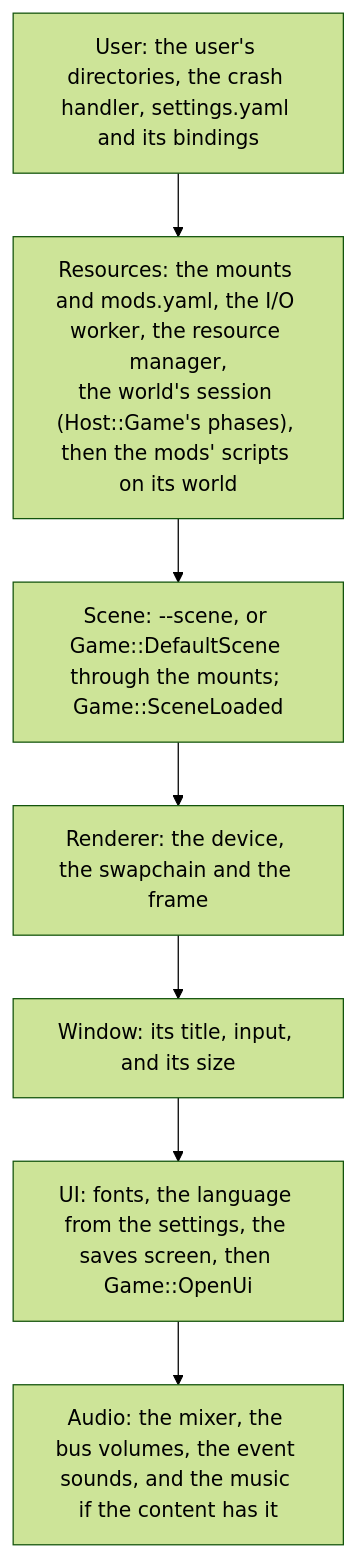
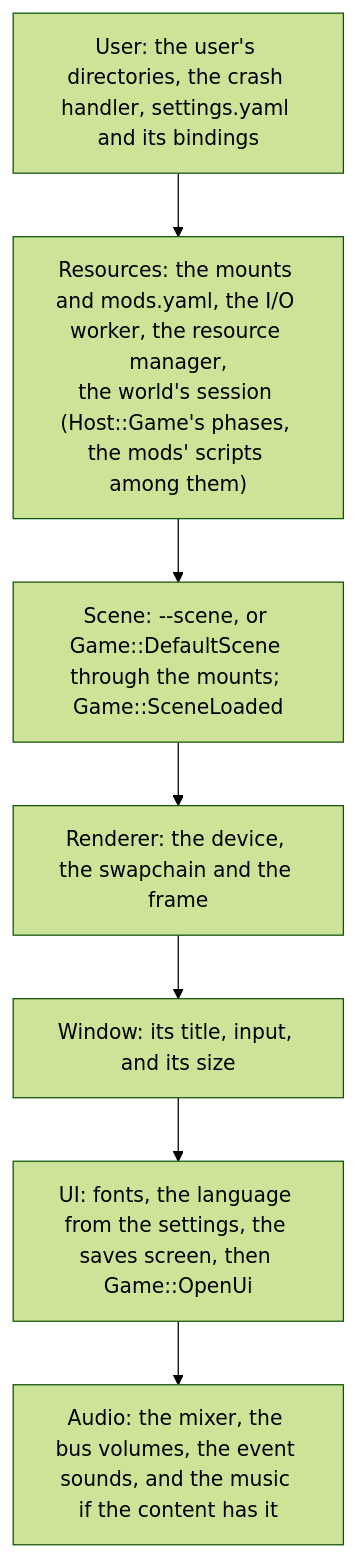
Before and after one commit to ivanhawkes/jettison: the first of 2 diagrams in docs/app-shell.md, drawn with Mermaid (forest theme). The commit also changed other lines of this file and 15 other files, not shown here.

First line of the commit message:
Scripts: a mod's scripts run in the host session, so a server runs them as a client does (J62)

````diff
--- a/docs/app-shell.md
+++ b/docs/app-shell.md
@@ -107,11 +107,11 @@
 ```mermaid
 flowchart TD
     U["User: the user's directories, the crash handler, settings.yaml and its bindings"]
-    R["Resources: the mounts and mods.yaml, the I/O worker, the resource manager,<br/>the world's session (Host::Game's phases), then the mods' scripts on its world"]
+    R["Resources: the mounts and mods.yaml, the I/O worker, the resource manager,<br/>the world's session (Host::Game's phases, the mods' scripts among them)"]
     S["Scene: --scene, or Game::DefaultScene through the mounts; Game::SceneLoaded"]
     G["Renderer: the device, the swapchain and the frame"]
     W["Window: its title, input, and its size"]
     I["UI: fonts, the language from the settings, the saves screen, then Game::OpenUi"]
     A["Audio: the mixer, the bus volumes, the event sounds, and the music if the content has it"]
     U --> R --> S --> G --> W --> I --> A
 ```
````
